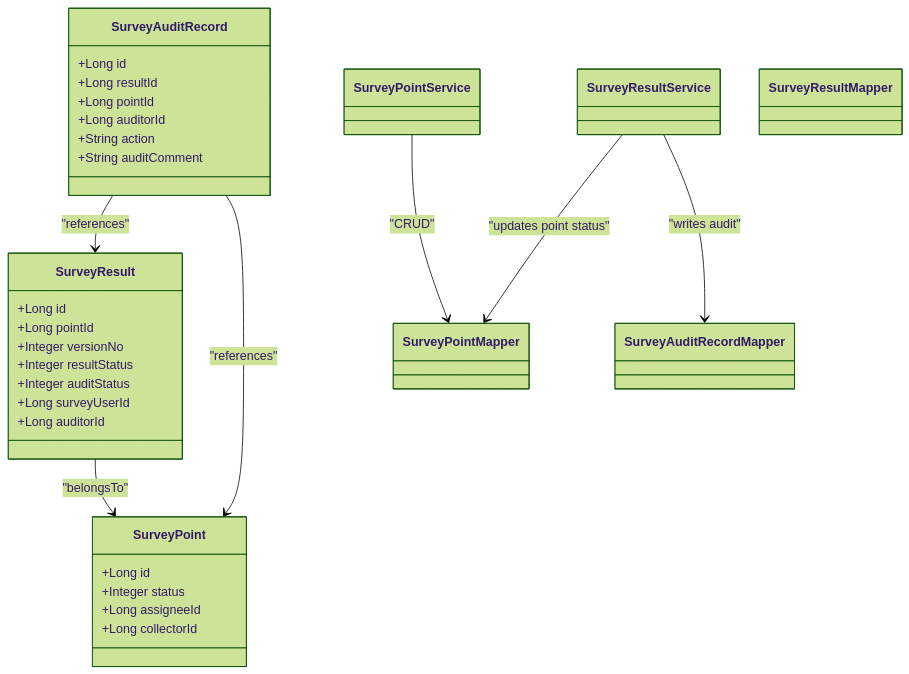
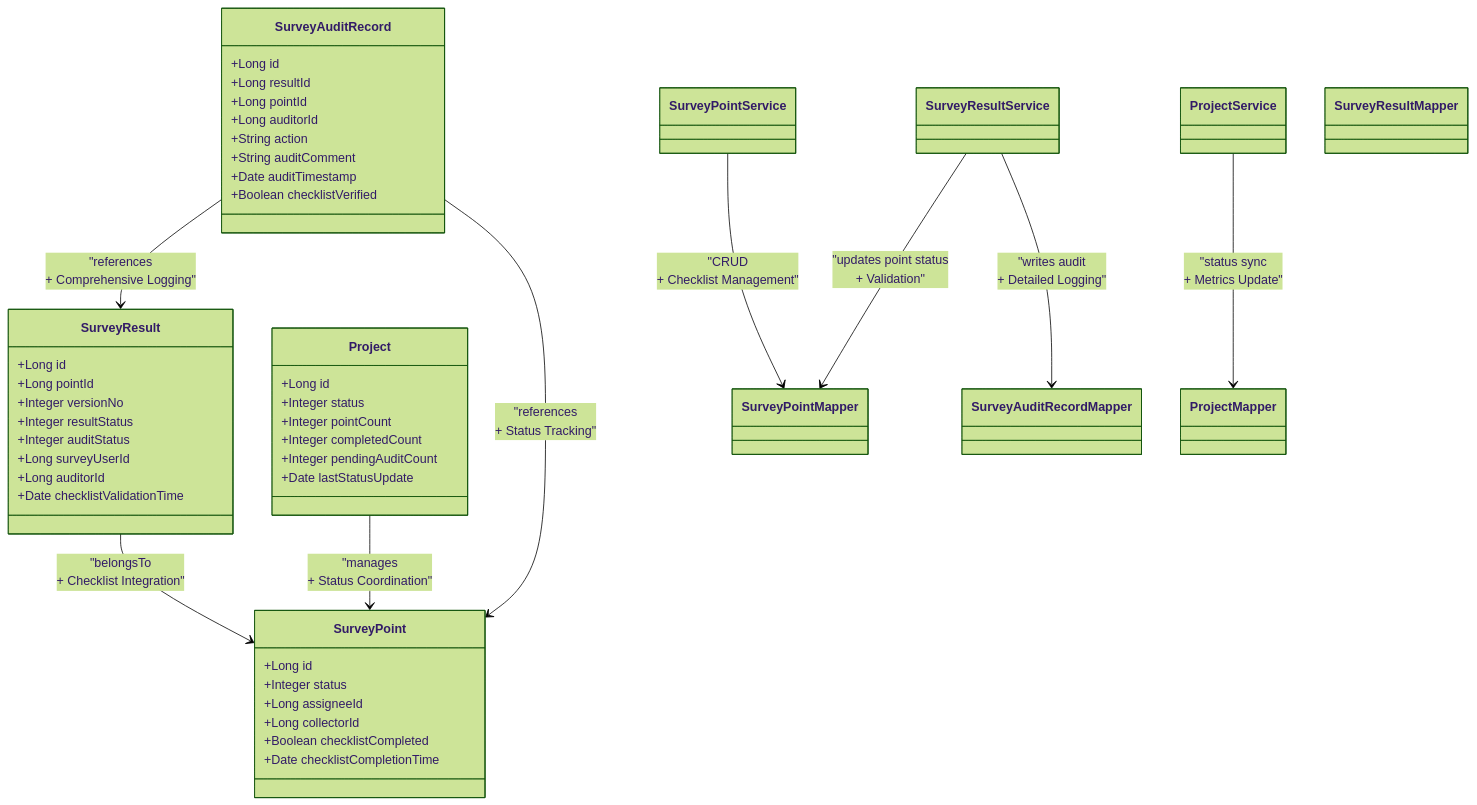
The fourth of 4 diagrams in .qoder/repowiki/en/content/Survey Point Management/Status Workflow & Lifecycle Management.md (bo961386926/Survey-App), drawn with Mermaid (forest theme) before and after one commit. The commit also changed other lines of this file and 7 other files, not shown here.

````diff
--- a/.qoder/repowiki/en/content/Survey Point Management/Status Workflow & Lifecycle Management.md
+++ b/.qoder/repowiki/en/content/Survey Point Management/Status Workflow & Lifecycle Management.md
@@ -299,37 +393,54 @@
 ```mermaid
 classDiagram
 class SurveyPoint {
 +Long id
 +Integer status
 +Long assigneeId
 +Long collectorId
++Boolean checklistCompleted
++Date checklistCompletionTime
 }
 class SurveyResult {
 +Long id
 +Long pointId
 +Integer versionNo
 +Integer resultStatus
 +Integer auditStatus
 +Long surveyUserId
 +Long auditorId
++Date checklistValidationTime
 }
 class SurveyAuditRecord {
 +Long id
 +Long resultId
 +Long pointId
 +Long auditorId
 +String action
 +String auditComment
++Date auditTimestamp
++Boolean checklistVerified
+}
+class Project {
++Long id
++Integer status
++Integer pointCount
++Integer completedCount
++Integer pendingAuditCount
++Date lastStatusUpdate
 }
 class SurveyPointService
 class SurveyResultService
+class ProjectService
 class SurveyPointMapper
 class SurveyResultMapper
 class SurveyAuditRecordMapper
-SurveyResult --> SurveyPoint : "belongsTo"
-SurveyAuditRecord --> SurveyResult : "references"
-SurveyAuditRecord --> SurveyPoint : "references"
-SurveyResultService --> SurveyPointMapper : "updates point status"
-SurveyResultService --> SurveyAuditRecordMapper : "writes audit"
-SurveyPointService --> SurveyPointMapper : "CRUD"
+class ProjectMapper
+SurveyResult --> SurveyPoint : "belongsTo<br/>+ Checklist Integration"
+SurveyAuditRecord --> SurveyResult : "references<br/>+ Comprehensive Logging"
+SurveyAuditRecord --> SurveyPoint : "references<br/>+ Status Tracking"
+Project --> SurveyPoint : "manages<br/>+ Status Coordination"
+SurveyResultService --> SurveyPointMapper : "updates point status<br/>+ Validation"
+SurveyResultService --> SurveyAuditRecordMapper : "writes audit<br/>+ Detailed Logging"
+SurveyPointService --> SurveyPointMapper : "CRUD<br/>+ Checklist Management"
+ProjectService --> ProjectMapper : "status sync<br/>+ Metrics Update"
 ```
````
